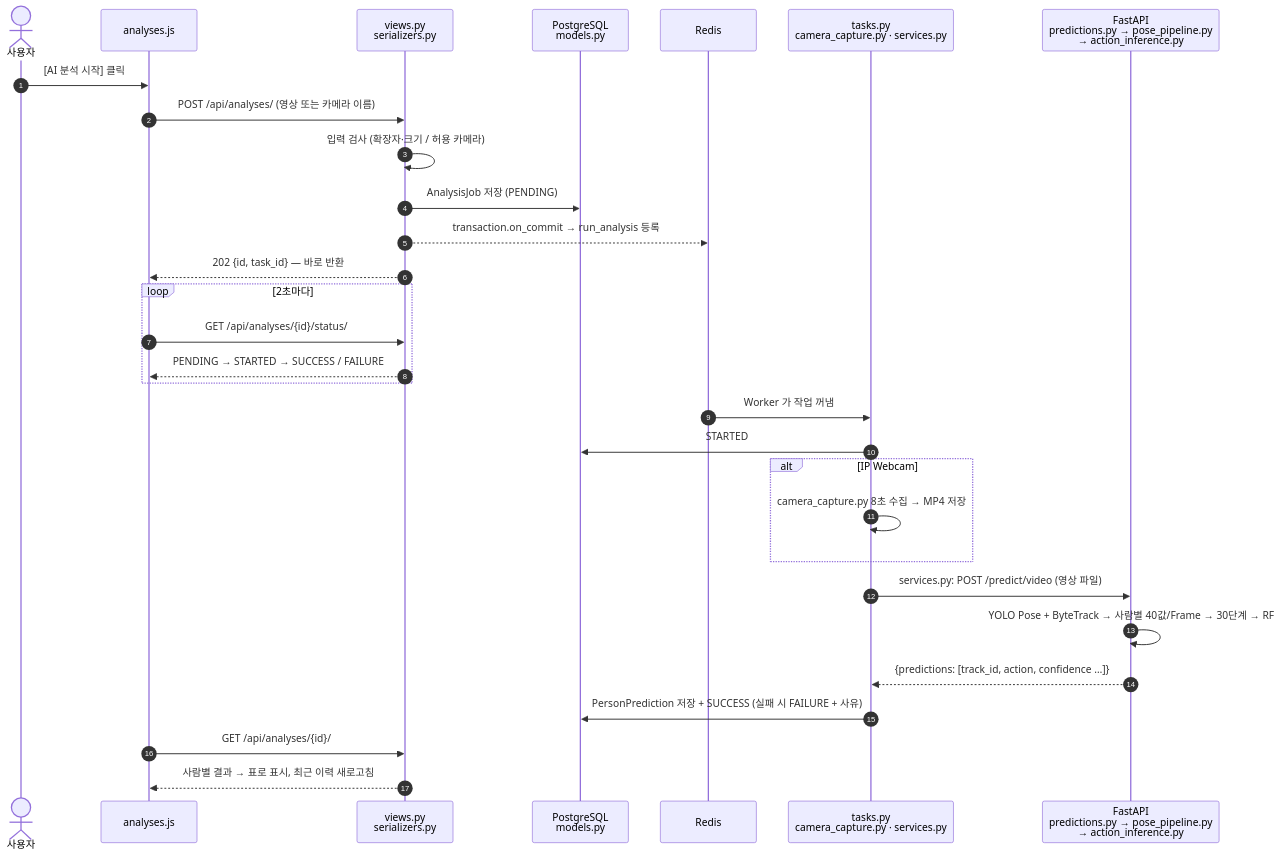
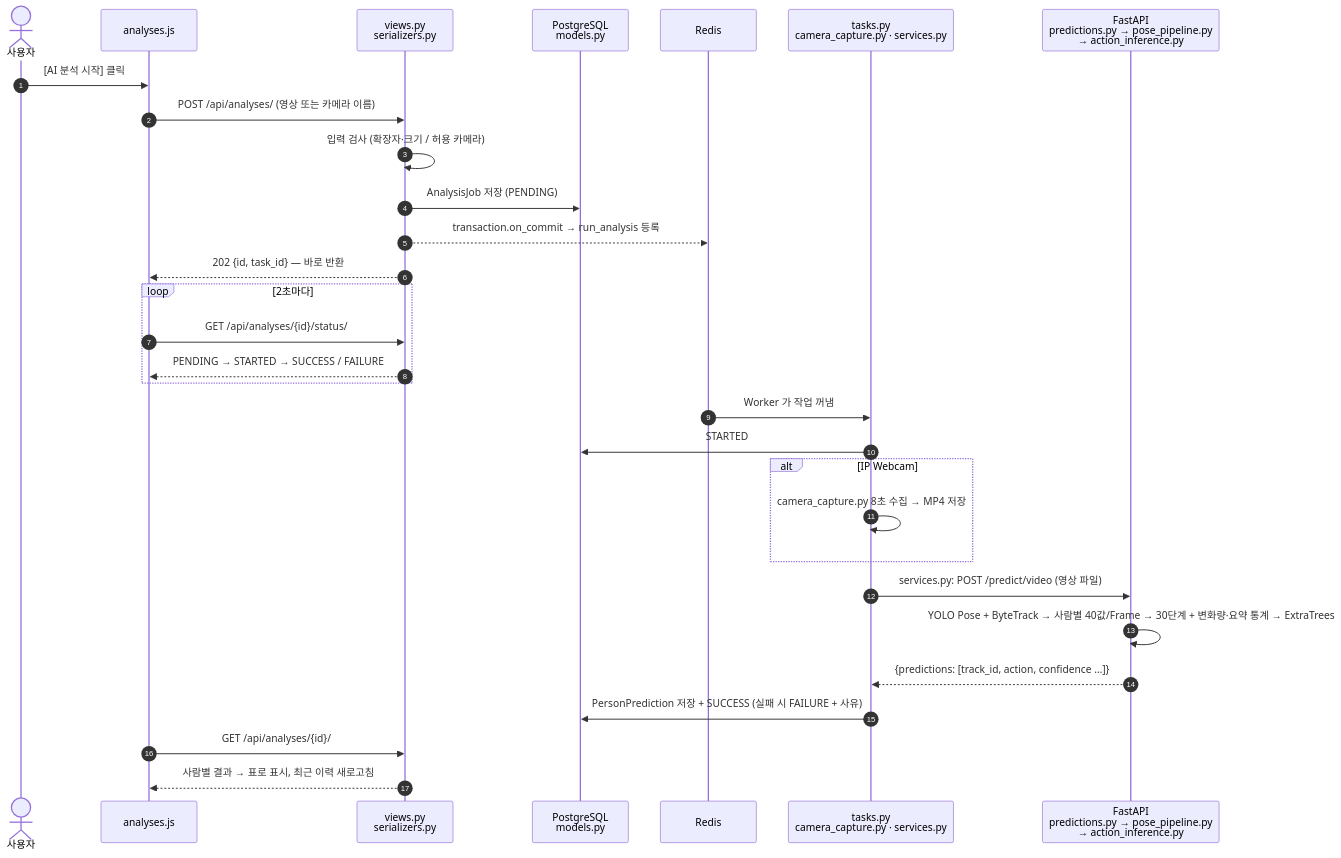
The third of 3 diagrams in README.md (wlgptjd333/store-anomaly-service), drawn with Mermaid before and after one commit. The commit also changed other lines of this file and 1 other file, not shown here.

Commit message:
모델 교체 스크립트 update_model.sh, README 를 ExtraTrees 모델·T10 재확인·약한 동작으로 갱신

````diff
--- a/README.md
+++ b/README.md
@@ -160,33 +162,33 @@
 ```mermaid
 sequenceDiagram
     autonumber
     actor U as 사용자
     participant JS as analyses.js
     participant V as views.py<br/>serializers.py
     participant DB as PostgreSQL<br/>models.py
     participant Q as Redis
     participant T as tasks.py<br/>camera_capture.py · services.py
     participant F as FastAPI<br/>predictions.py → pose_pipeline.py<br/>→ action_inference.py
 
     U->>JS: [AI 분석 시작] 클릭
     JS->>V: POST /api/analyses/ (영상 또는 카메라 이름)
     V->>V: 입력 검사 (확장자·크기 / 허용 카메라)
     V->>DB: AnalysisJob 저장 (PENDING)
     V-->>Q: transaction.on_commit → run_analysis 등록
     V-->>JS: 202 {id, task_id} — 바로 반환
     loop 2초마다
         JS->>V: GET /api/analyses/{id}/status/
         V-->>JS: PENDING → STARTED → SUCCESS / FAILURE
     end
     Q->>T: Worker 가 작업 꺼냄
     T->>DB: STARTED
     alt IP Webcam
         T->>T: camera_capture.py 8초 수집 → MP4 저장
     end
     T->>F: services.py: POST /predict/video (영상 파일)
-    F->>F: YOLO Pose + ByteTrack → 사람별 40값/Frame → 30단계 → RF
+    F->>F: YOLO Pose + ByteTrack → 사람별 40값/Frame → 30단계 + 변화량·요약 통계 → ExtraTrees
     F-->>T: {predictions: [track_id, action, confidence …]}
     T->>DB: PersonPrediction 저장 + SUCCESS (실패 시 FAILURE + 사유)
     JS->>V: GET /api/analyses/{id}/
     V-->>JS: 사람별 결과 → 표로 표시, 최근 이력 새로고침
 ```
````
